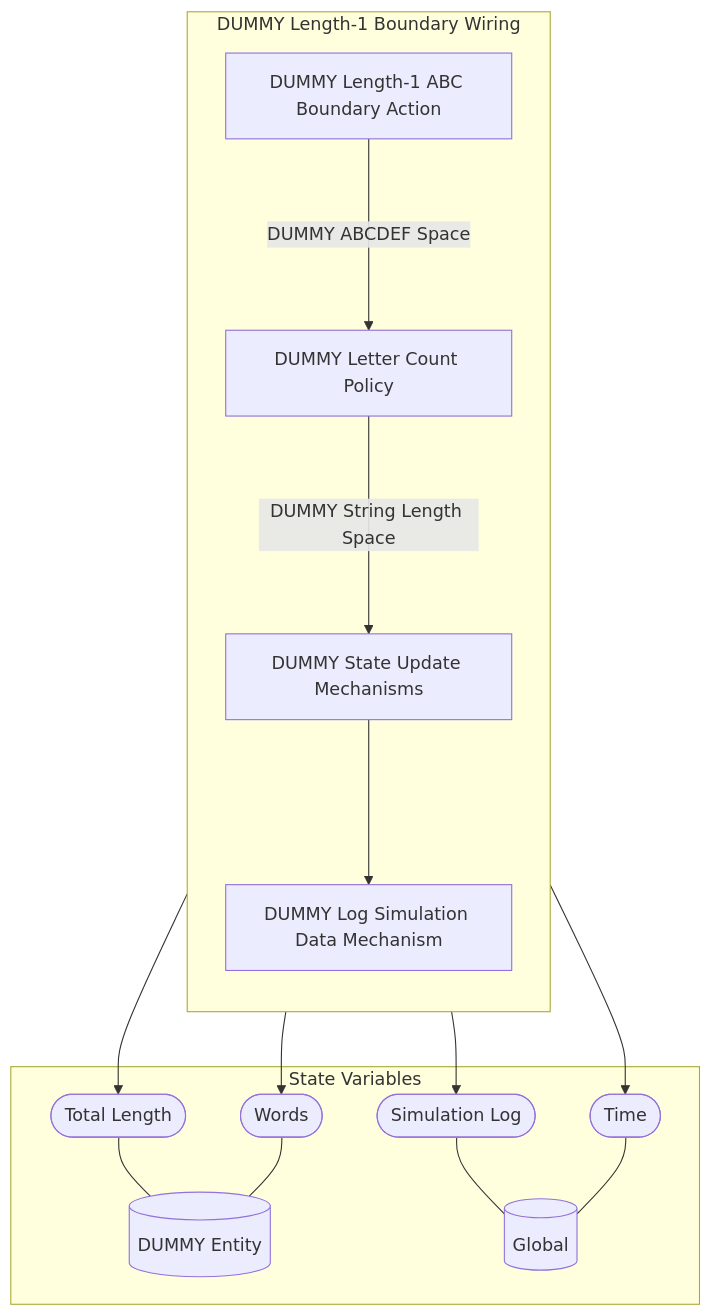
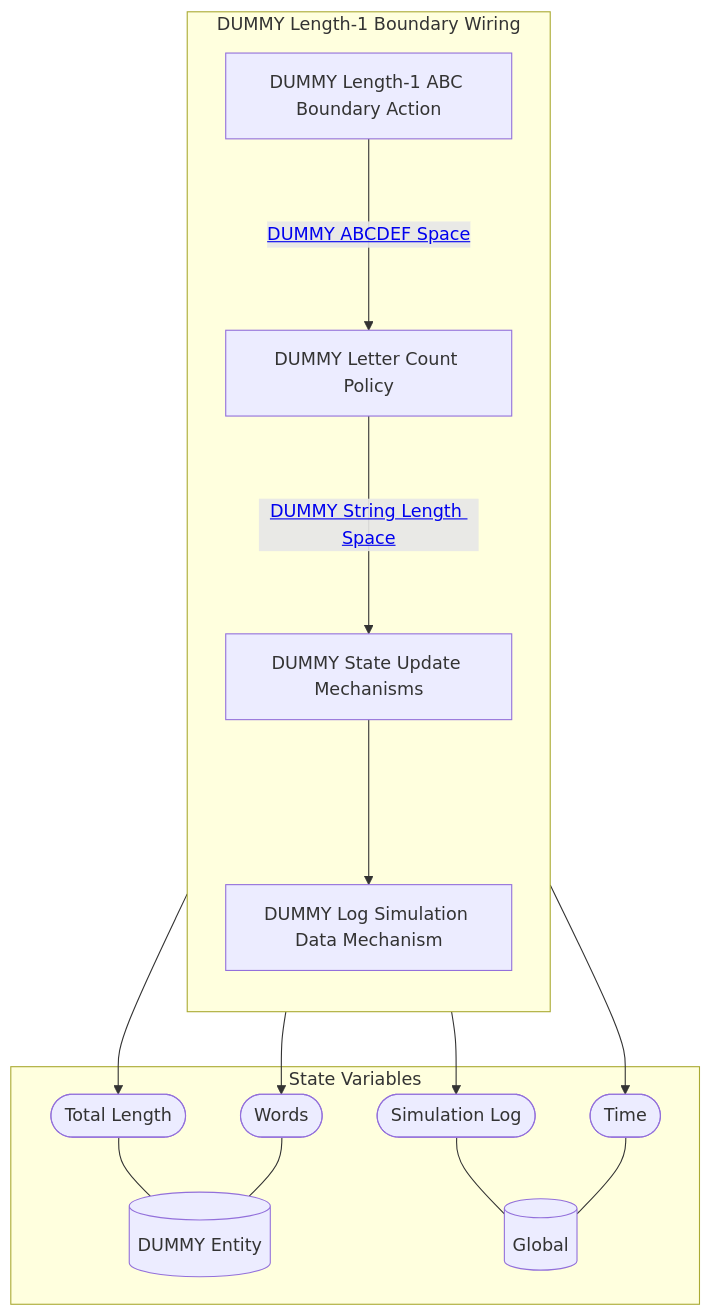
One commit to BlockScience/Predator-Prey-MSML changed the first of 2 diagrams in reports/obsidian/Wiring/DUMMY Length-1 Boundary Wiring.md. Above: the diagram before and after it, drawn with Mermaid. The commit also changed other lines of this file and 48 other files, not shown here.

````diff
--- a/reports/obsidian/Wiring/DUMMY Length-1 Boundary Wiring.md
+++ b/reports/obsidian/Wiring/DUMMY Length-1 Boundary Wiring.md
@@ -4,38 +4,38 @@
 ```mermaid
 graph TB
 
 subgraph SVS["State Variables"]
 EE0[("DUMMY Entity")]
 EE1[("Global")]
 EES0(["Total Length"])
 EES0 --- EE0
 EES1(["Words"])
 EES1 --- EE0
 EES2(["Simulation Log"])
 EES2 --- EE1
 EES3(["Time"])
 EES3 --- EE1
 end
 
 subgraph X5["DUMMY Length-1 Boundary Wiring"]
 direction TB
 X1["DUMMY Length-1 ABC Boundary Action"]
 X2["DUMMY Letter Count Policy"]
 X3["DUMMY State Update Mechanisms"]
 X3 --> EES1
 X3 --> EES3
 X3 --> EES0
 X4["DUMMY Log Simulation Data Mechanism"]
 X4 --> EES2
-X1--"DUMMY ABCDEF Space"--->X2
-X2--"DUMMY String Length Space"--->X3
+X1--"<a href='DUMMY ABCDEF Space' class=internal-link>DUMMY ABCDEF Space</a>"--->X2
+X2--"<a href='DUMMY String Length Space' class=internal-link>DUMMY String Length Space</a>"--->X3
 X3--->X4
 end
 class X1 internal-link;
 class X2 internal-link;
 class X3 internal-link;
 class X4 internal-link;
 class EE0 internal-link;
 class EE1 internal-link;
 
 ```
````
